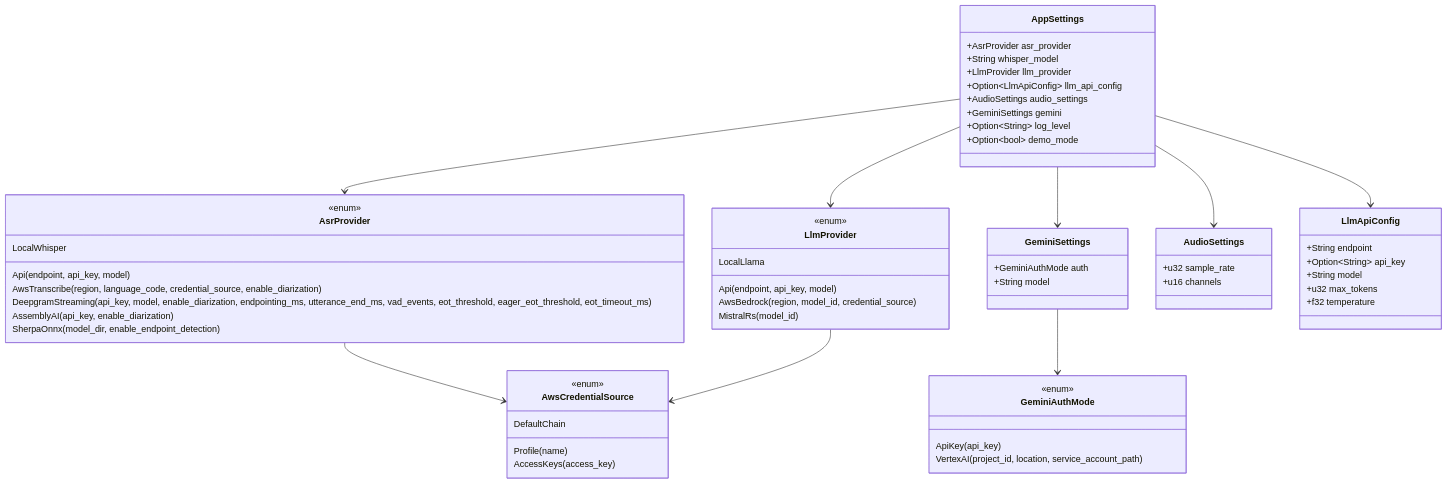
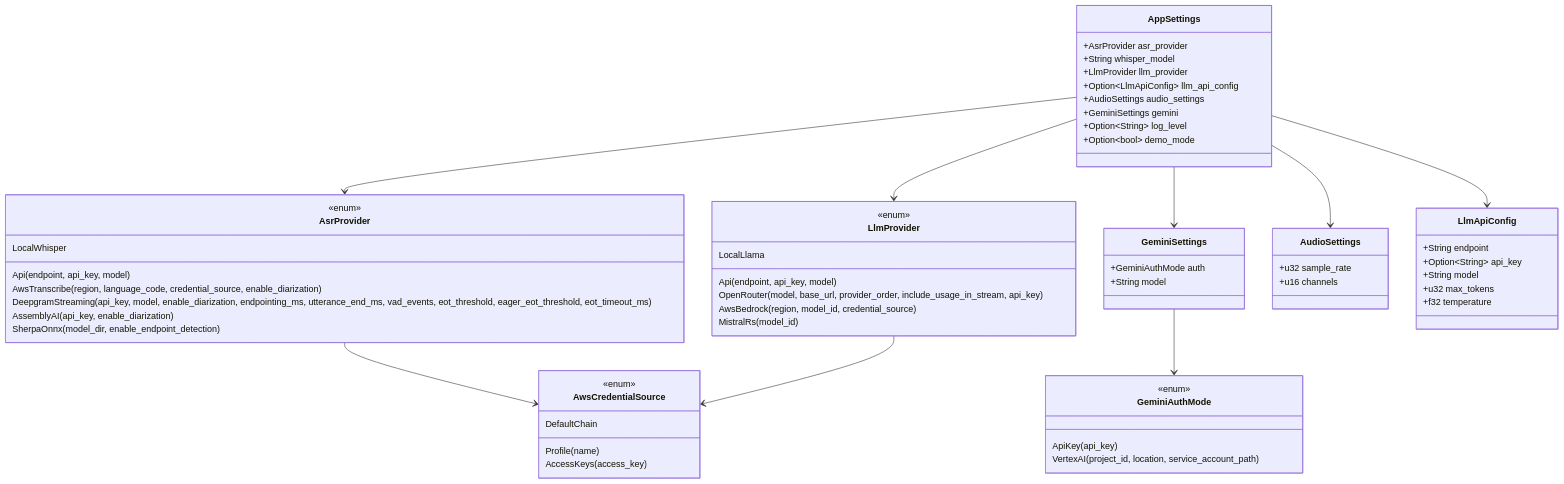
Diagram 11 of 11 in docs/ARCHITECTURE.md (Codeseys-Labs/audio-graph), drawn with Mermaid before and after one commit. The commit also changed other lines of this file and 2 other files, not shown here.

First line of the commit message:
docs(architecture): add DATA_FLOW.md and update ARCHITECTURE.md

````diff
--- a/docs/ARCHITECTURE.md
+++ b/docs/ARCHITECTURE.md
@@ -873,71 +891,72 @@
 ```mermaid
 classDiagram
     class AppSettings {
         +AsrProvider asr_provider
         +String whisper_model
         +LlmProvider llm_provider
         +Option~LlmApiConfig~ llm_api_config
         +AudioSettings audio_settings
         +GeminiSettings gemini
         +Option~String~ log_level
         +Option~bool~ demo_mode
     }
 
     class AsrProvider {
         <<enum>>
         LocalWhisper
         Api(endpoint, api_key, model)
         AwsTranscribe(region, language_code, credential_source, enable_diarization)
         DeepgramStreaming(api_key, model, enable_diarization, endpointing_ms, utterance_end_ms, vad_events, eot_threshold, eager_eot_threshold, eot_timeout_ms)
         AssemblyAI(api_key, enable_diarization)
         SherpaOnnx(model_dir, enable_endpoint_detection)
     }
 
     class LlmProvider {
         <<enum>>
         LocalLlama
         Api(endpoint, api_key, model)
+        OpenRouter(model, base_url, provider_order, include_usage_in_stream, api_key)
         AwsBedrock(region, model_id, credential_source)
         MistralRs(model_id)
     }
 
     class AwsCredentialSource {
         <<enum>>
         DefaultChain
         Profile(name)
         AccessKeys(access_key)
     }
 
     class GeminiSettings {
         +GeminiAuthMode auth
         +String model
     }
 
     class GeminiAuthMode {
         <<enum>>
         ApiKey(api_key)
         VertexAI(project_id, location, service_account_path)
     }
 
     class AudioSettings {
         +u32 sample_rate
         +u16 channels
     }
 
     class LlmApiConfig {
         +String endpoint
         +Option~String~ api_key
         +String model
         +u32 max_tokens
         +f32 temperature
     }
 
     AppSettings --> AsrProvider
     AppSettings --> LlmProvider
     AppSettings --> LlmApiConfig
     AppSettings --> AudioSettings
     AppSettings --> GeminiSettings
     GeminiSettings --> GeminiAuthMode
     AsrProvider --> AwsCredentialSource
     LlmProvider --> AwsCredentialSource
 ```
````
